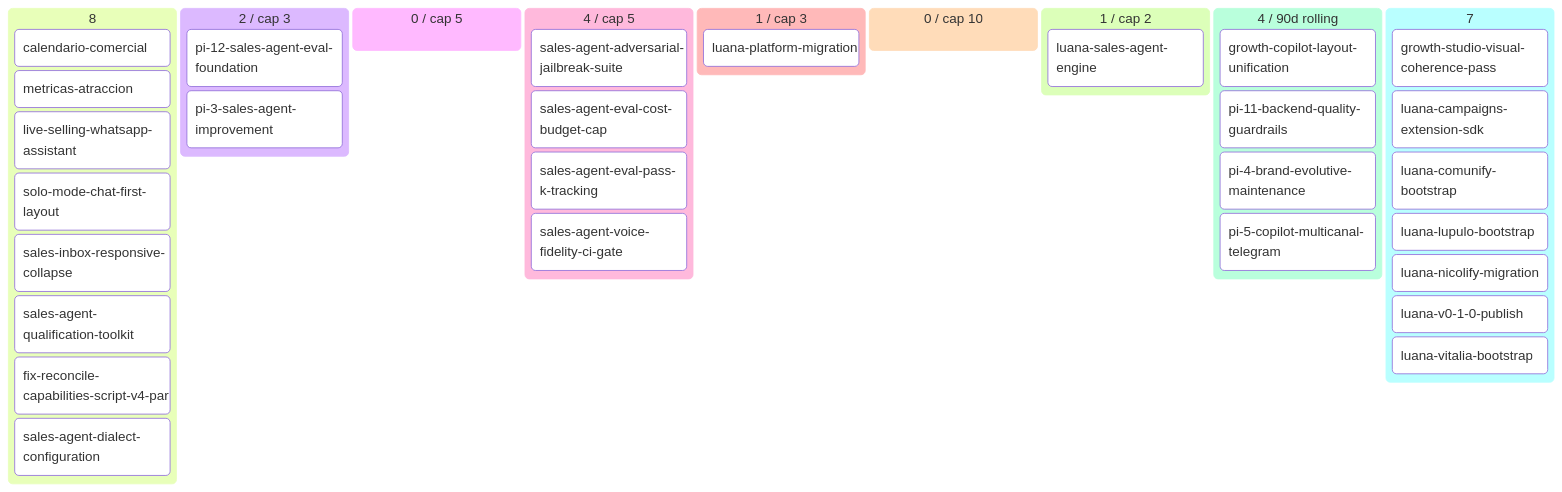
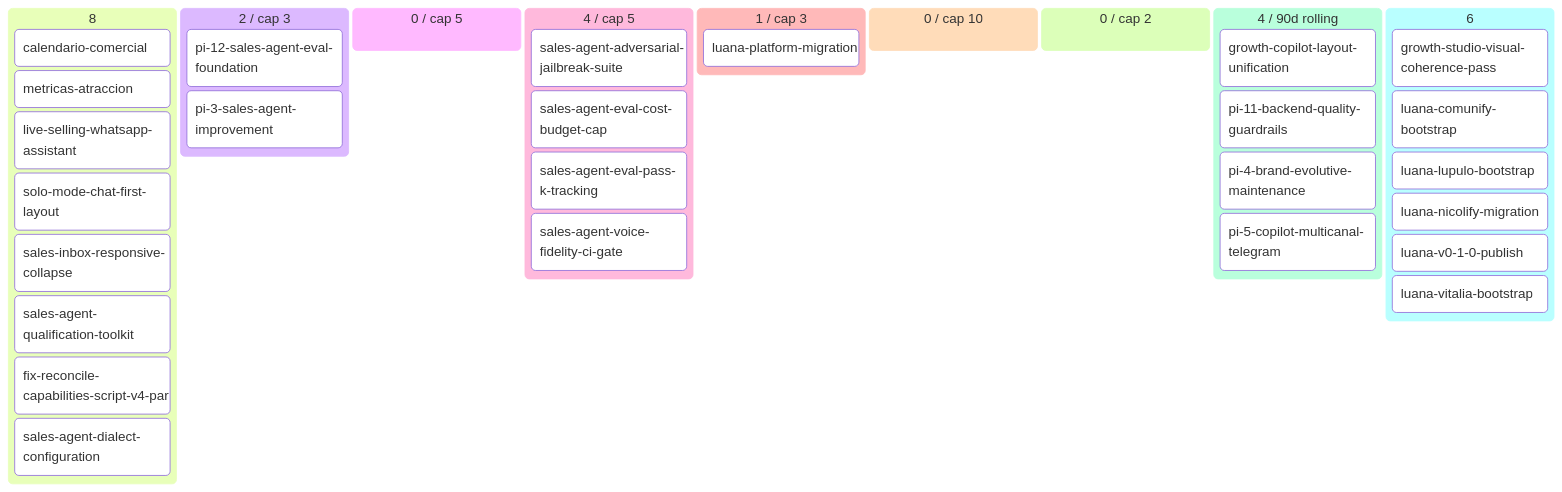
Before and after one commit to alpacapurpura/ap_sales_agent: the diagram in docs/product/BACKLOG.md, drawn with Mermaid. The commit also changed other lines of this file and 6 other files, not shown here.

````diff
--- a/docs/product/BACKLOG.md
+++ b/docs/product/BACKLOG.md
@@ -64,39 +63,37 @@
 ```mermaid
 kanban
   💡 Ideas (8)
     calendario-comercial[calendario-comercial]
     metricas-atraccion[metricas-atraccion]
     live-selling-whatsapp-assistan[live-selling-whatsapp-assistant]
     solo-mode-chat-first-layout[solo-mode-chat-first-layout]
     sales-inbox-responsive-collaps[sales-inbox-responsive-collapse]
     sales-agent-qualification-tool[sales-agent-qualification-toolkit]
     fix-reconcile-capabilities-scr[fix-reconcile-capabilities-script-v4-par]
     sales-agent-dialect-configurat[sales-agent-dialect-configuration]
   🔬 Refining (2 / cap 3)
     pi-12-sales-agent-eval-foundat[pi-12-sales-agent-eval-foundation]
     pi-3-sales-agent-improvement[pi-3-sales-agent-improvement]
   ✅ Refined (0 / cap 5)
   📦 Ready (4 / cap 5)
     sales-agent-adversarial-jailbr[sales-agent-adversarial-jailbreak-suite]
     sales-agent-eval-cost-budget-c[sales-agent-eval-cost-budget-cap]
     sales-agent-eval-pass-k-tracki[sales-agent-eval-pass-k-tracking]
     sales-agent-voice-fidelity-ci-[sales-agent-voice-fidelity-ci-gate]
   🔨 Developing (1 / cap 3)
     luana-platform-migration[luana-platform-migration]
   🧪 Developed (0 / cap 10)
-  🔍 Reviewing (1 / cap 2)
-    luana-sales-agent-engine[luana-sales-agent-engine]
+  🔍 Reviewing (0 / cap 2)
   ✅ Done (4 / 90d rolling)
     growth-copilot-layout-unificat[growth-copilot-layout-unification]
     pi-11-backend-quality-guardrai[pi-11-backend-quality-guardrails]
     pi-4-brand-evolutive-maintenan[pi-4-brand-evolutive-maintenance]
     pi-5-copilot-multicanal-telegr[pi-5-copilot-multicanal-telegram]
-  🅿 Parked (7)
+  🅿 Parked (6)
     growth-studio-visual-coherence[growth-studio-visual-coherence-pass]
-    luana-campaigns-extension-sdk[luana-campaigns-extension-sdk]
     luana-comunify-bootstrap[luana-comunify-bootstrap]
     luana-lupulo-bootstrap[luana-lupulo-bootstrap]
     luana-nicolify-migration[luana-nicolify-migration]
     luana-v0-1-0-publish[luana-v0-1-0-publish]
     luana-vitalia-bootstrap[luana-vitalia-bootstrap]
 ```
````
